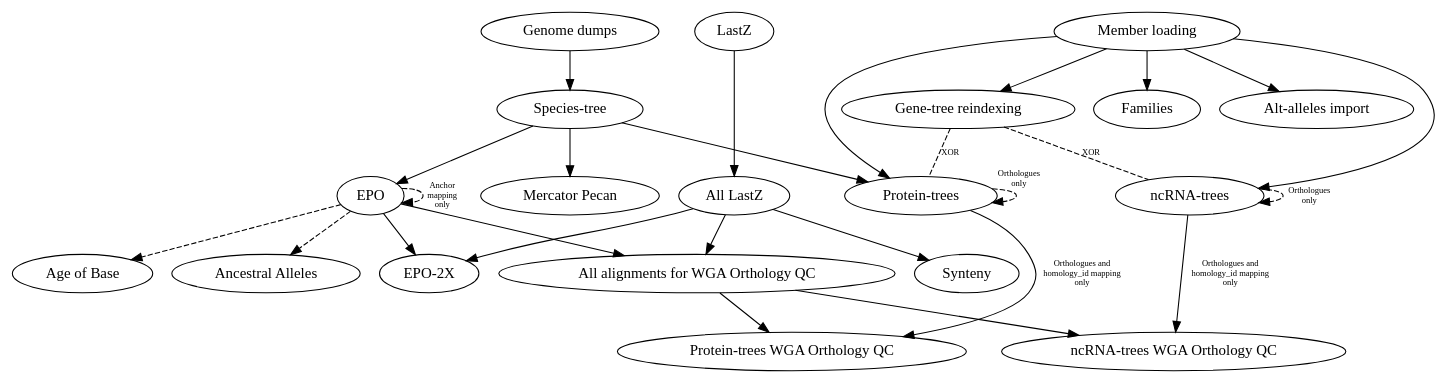
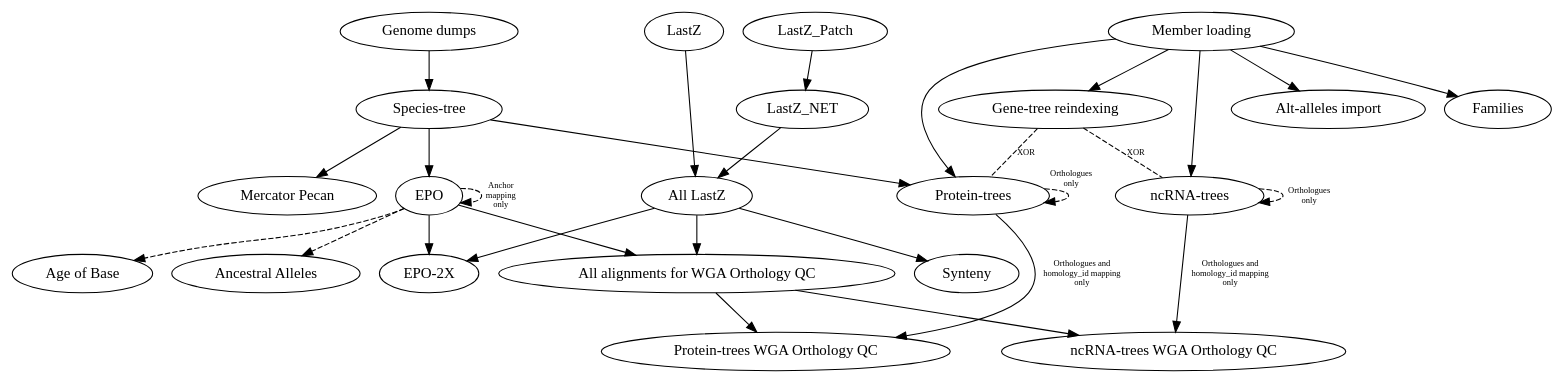
Before and after one commit to Ensembl/ensembl-compara: the diagram in scripts/jira_tickets/compara_merged.dot, drawn with Graphviz. The commit also changed 1 other file, not shown here.

Commit message:
added LASTZ_PATCH and LASTZ_NET to dependencies graph and list of standard tickets

```diff
--- a/scripts/jira_tickets/compara_merged.dot
+++ b/scripts/jira_tickets/compara_merged.dot
@@ -1,21 +1,22 @@
 digraph {
     "Genome dumps" -> "Species-tree";
     "Species-tree" -> { "EPO", "Mercator Pecan", "Protein-trees" };
     {"EPO", "All LastZ"} -> "EPO-2X";
     "Member loading" -> { "Protein-trees", "ncRNA-trees", "Families", "Gene-tree reindexing", "Alt-alleles import" };
     "Protein-trees" -> "Protein-trees WGA Orthology QC" [fontsize="8", label="Orthologues and\nhomology_id mapping\nonly"];
     "ncRNA-trees" -> "ncRNA-trees WGA Orthology QC" [fontsize="8", label="Orthologues and\nhomology_id mapping\nonly"];
     {"All LastZ", "EPO"} -> "All alignments for WGA Orthology QC" -> {"Protein-trees WGA Orthology QC", "ncRNA-trees WGA Orthology QC"};
     "LastZ" -> "All LastZ" -> "Synteny";
+    "LastZ_Patch" -> "LastZ_NET" -> "All LastZ";
 
     "Gene-tree reindexing" -> "ncRNA-trees" [style="dashed", dir=none, fontsize="8", label="XOR", headport="murinae:w", tailport="murinae:s"];
     "Gene-tree reindexing" -> "Protein-trees" [style="dashed", dir=none, fontsize="8", label="XOR", headport="murinae:e", tailport="murinae:s"];
     "EPO" -> "EPO" [style="dashed", fontsize="8", label="Anchor\nmapping\nonly", headport="Primates:e", tailport="Mammals:e"];
     "EPO" -> "Age of Base" [style="dashed", headport="Human:e", tailport="Mammals:w"];
     "EPO" -> "Ancestral Alleles" [style="dashed", headport="Vertebrates:w", tailport="Primates:w"];
     "Protein-trees" -> "Protein-trees" [style="dashed", fontsize="8", xlabel="Orthologues\nonly", headport="Murinae:w", tailport="Default vertebrates:w"];
     "ncRNA-trees" -> "ncRNA-trees" [style="dashed", fontsize="8", label="Orthologues\nonly", headport="Murinae:e", tailport="Default vertebrates:e"];
 
     // Helps laying out the graph
     {rank = same; "Genome dumps"; "LastZ"; "Member loading"; }
 }
```
